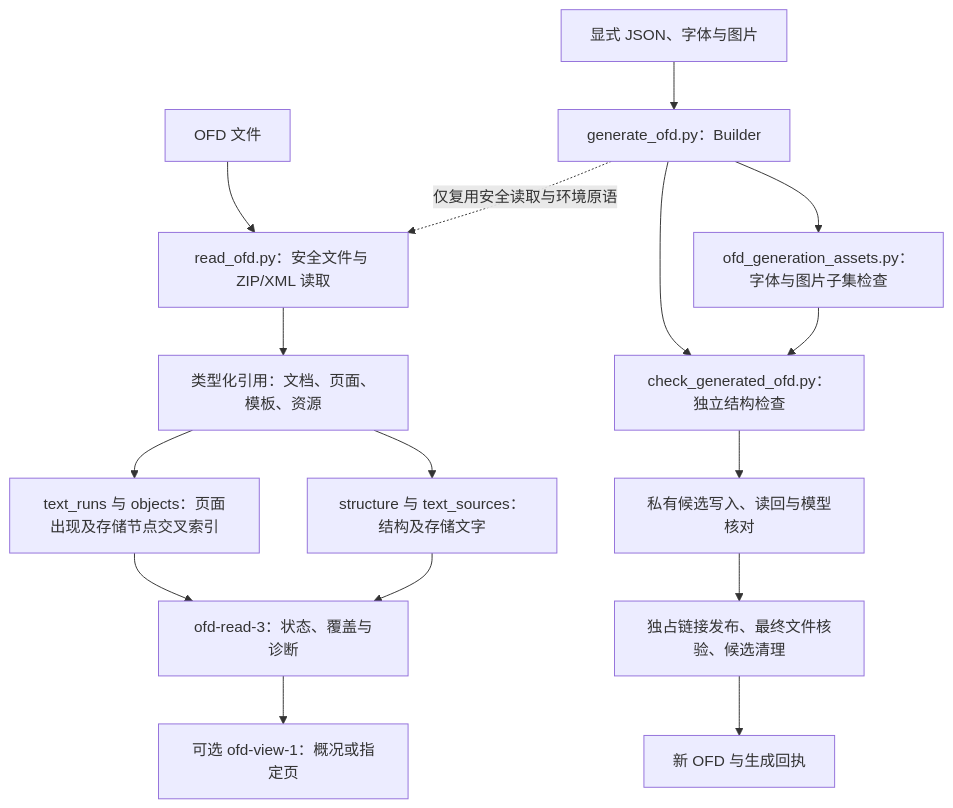
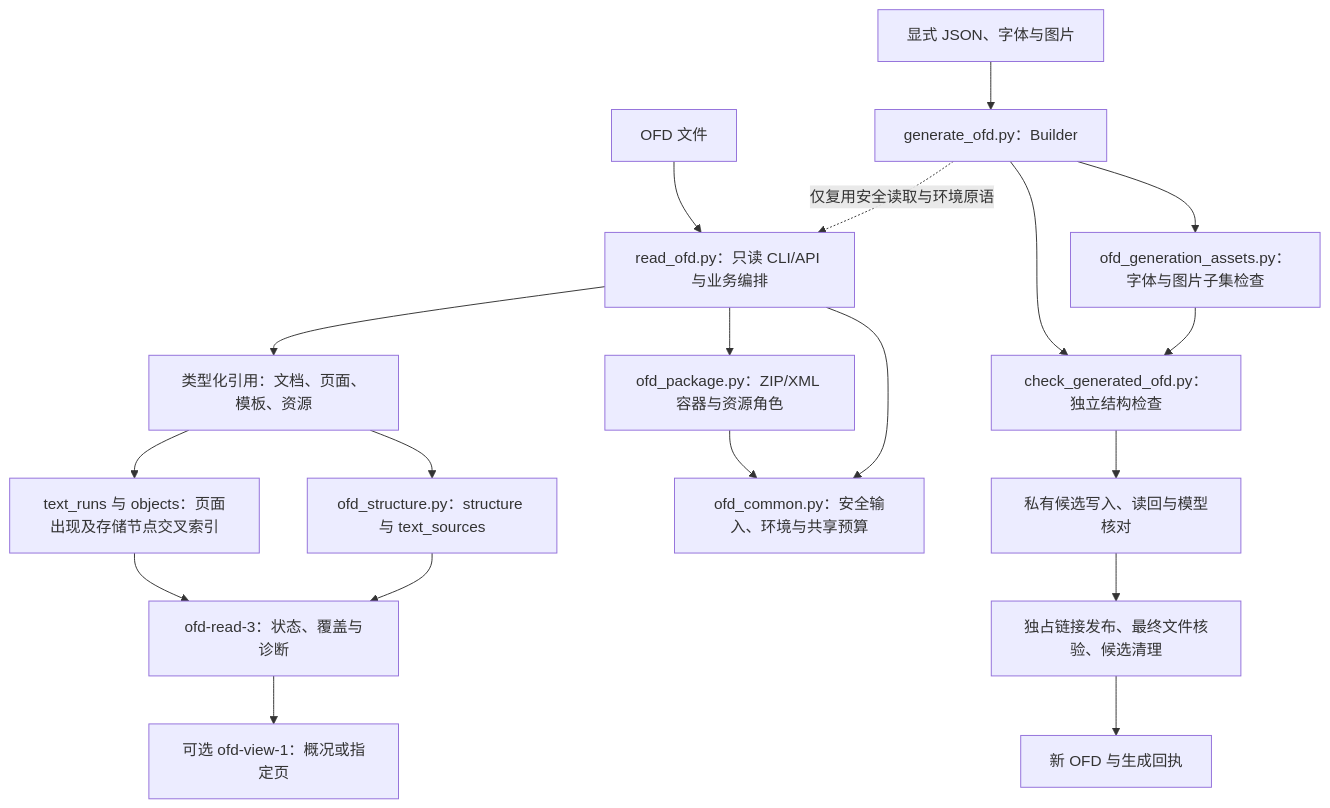
The first of 2 diagrams in docs/skills/ofd.md (JohnParken/PSL-SKILLS), drawn with Mermaid before and after one commit. The commit also changed other lines of this file and 83 other files, not shown here.

````diff
--- a/docs/skills/ofd.md
+++ b/docs/skills/ofd.md
@@ -19,18 +21,21 @@
 ```mermaid
 flowchart TD
-    A["OFD 文件"] --> B["read_ofd.py：安全文件与 ZIP/XML 读取"]
+    A["OFD 文件"] --> B["read_ofd.py：只读 CLI/API 与业务编排"]
+    B --> BC["ofd_common.py：安全输入、环境与共享预算"]
+    B --> BP["ofd_package.py：ZIP/XML 容器与资源角色"]
+    BP --> BC
     B --> C["类型化引用：文档、页面、模板、资源"]
-    C --> D["structure 与 text_sources：结构及存储文字"]
+    C --> D["ofd_structure.py：structure 与 text_sources"]
     C --> E["text_runs 与 objects：页面出现及存储节点交叉索引"]
     D --> F["ofd-read-3：状态、覆盖与诊断"]
     E --> F
     F --> G["可选 ofd-view-1：概况或指定页"]
     H["显式 JSON、字体与图片"] --> I["generate_ofd.py：Builder"]
     I --> J["ofd_generation_assets.py：字体与图片子集检查"]
     I --> K["check_generated_ofd.py：独立结构检查"]
     J --> K
     K --> L["私有候选写入、读回与模型核对"]
     L --> M["独占链接发布、最终文件核验、候选清理"]
     M --> N["新 OFD 与生成回执"]
     I -.->|"仅复用安全读取与环境原语"| B
 ```
````
